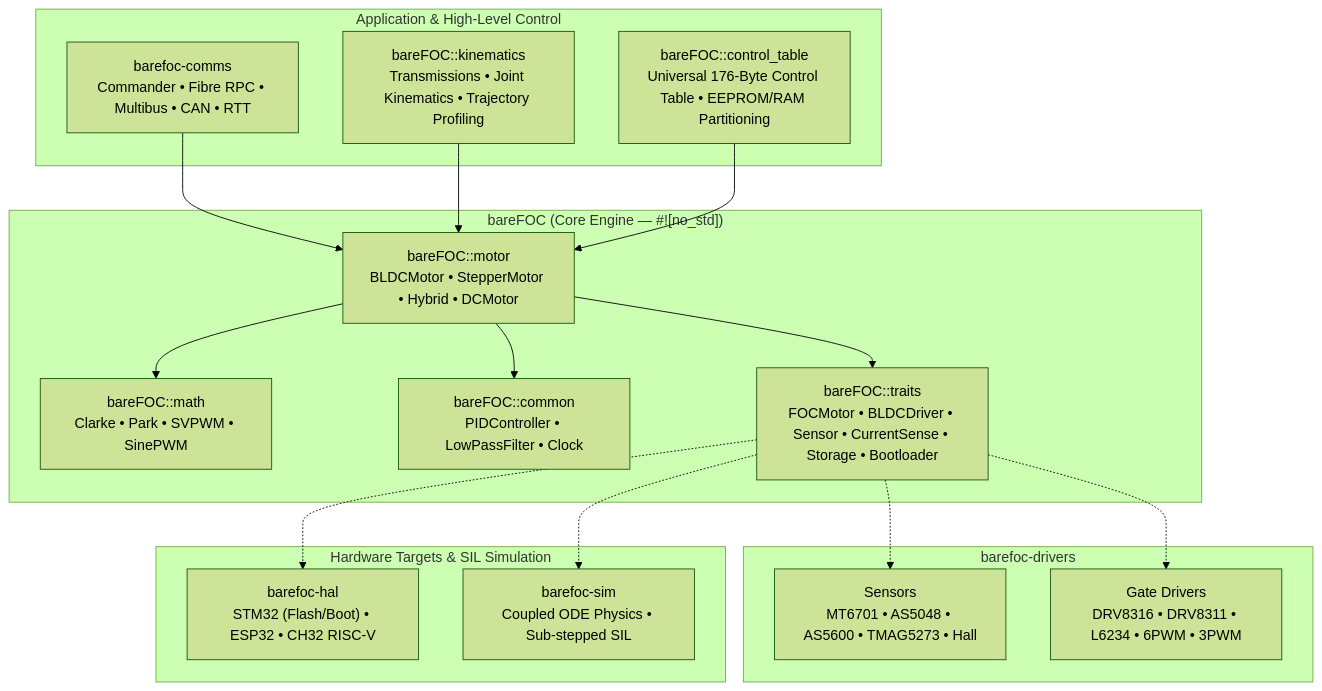
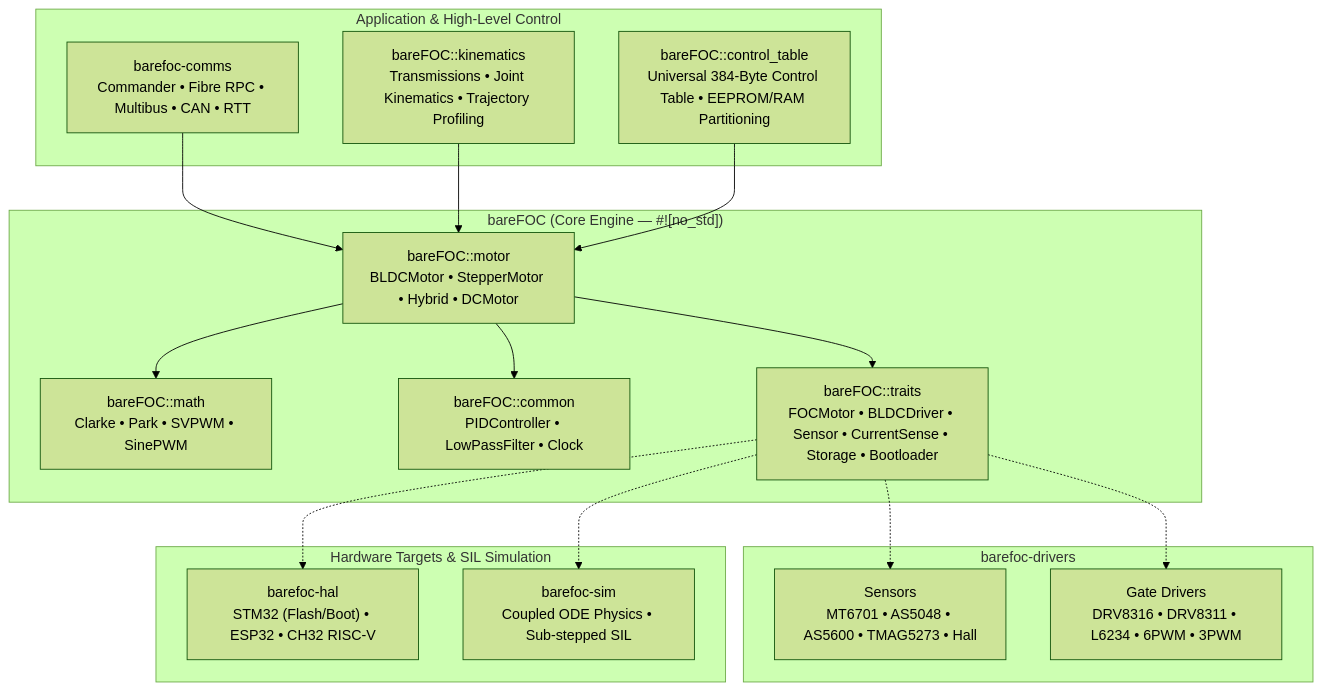
One commit to bareFOC/barefoc.github.io changed the first of 2 diagrams in index.md. Above: the diagram before and after it, drawn with Mermaid (forest theme). The commit also changed other lines of this file and 6 other files, not shown here.

Commit message:
docs: update Control Table documentation for 384-byte layout with 4-axis motor bank

````diff
--- a/index.md
+++ b/index.md
@@ -42,36 +42,36 @@
 ```mermaid
 graph TD
     subgraph App ["Application & High-Level Control"]
         COM["barefoc-comms<br/>Commander • Fibre RPC • Multibus • CAN • RTT"]
         KIN["bareFOC::kinematics<br/>Transmissions • Joint Kinematics • Trajectory Profiling"]
-        TABLE["bareFOC::control_table<br/>Universal 176-Byte Control Table • EEPROM/RAM Partitioning"]
+        TABLE["bareFOC::control_table<br/>Universal 384-Byte Control Table • EEPROM/RAM Partitioning"]
     end
 
     subgraph Core ["bareFOC (Core Engine — #![no_std])"]
         MOTOR["bareFOC::motor<br/>BLDCMotor • StepperMotor • Hybrid • DCMotor"]
         MATH["bareFOC::math<br/>Clarke • Park • SVPWM • SinePWM"]
         COMMON["bareFOC::common<br/>PIDController • LowPassFilter • Clock"]
         TRAITS["bareFOC::traits<br/>FOCMotor • BLDCDriver • Sensor • CurrentSense • Storage • Bootloader"]
     end
 
     subgraph Drivers ["barefoc-drivers"]
         SENS["Sensors<br/>MT6701 • AS5048 • AS5600 • TMAG5273 • Hall"]
         GATE["Gate Drivers<br/>DRV8316 • DRV8311 • L6234 • 6PWM • 3PWM"]
     end
 
     subgraph Target ["Hardware Targets & SIL Simulation"]
         HAL["barefoc-hal<br/>STM32 (Flash/Boot) • ESP32 • CH32 RISC-V"]
         SIM["barefoc-sim<br/>Coupled ODE Physics • Sub-stepped SIL"]
     end
 
     COM --> MOTOR
     KIN --> MOTOR
     TABLE --> MOTOR
     MOTOR --> MATH
     MOTOR --> COMMON
     MOTOR --> TRAITS
     TRAITS -.-> SENS
     TRAITS -.-> GATE
     TRAITS -.-> HAL
     TRAITS -.-> SIM
 ```
````
